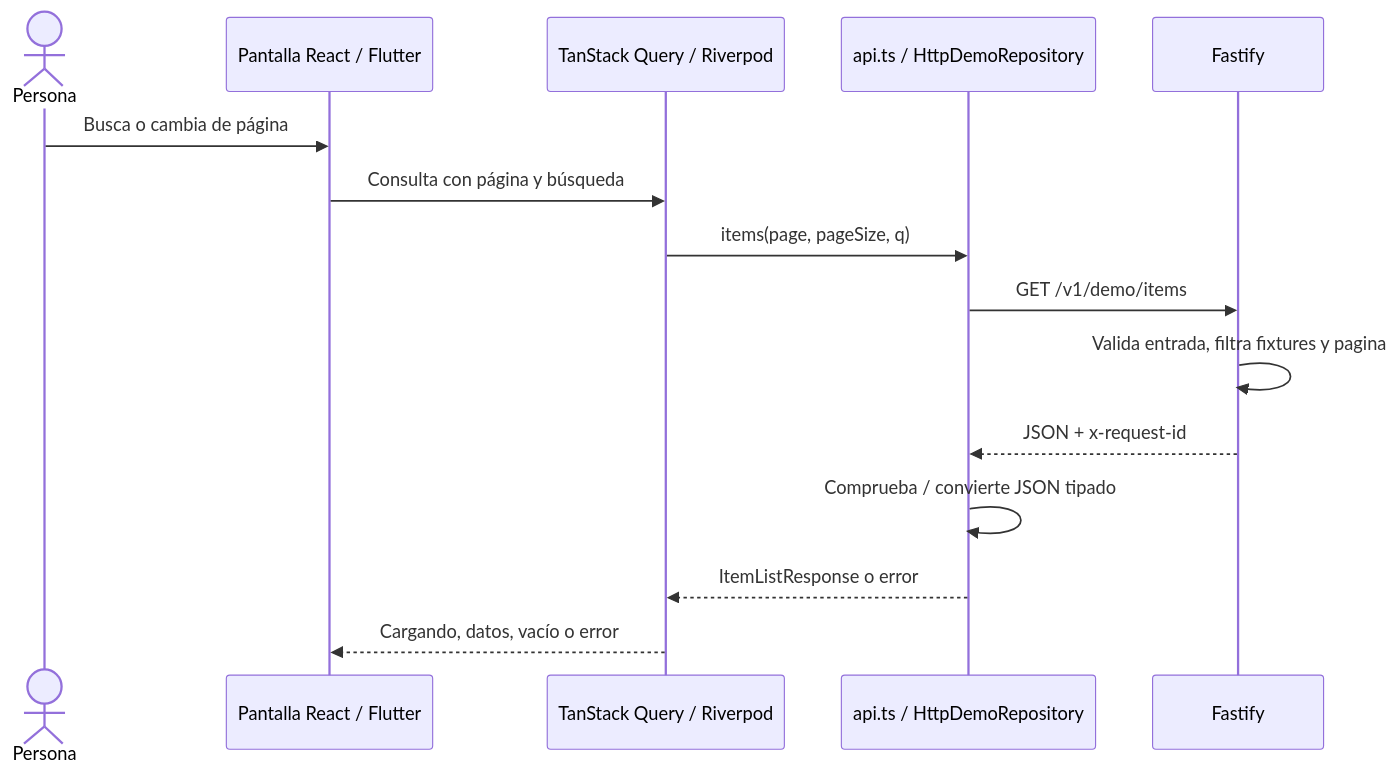
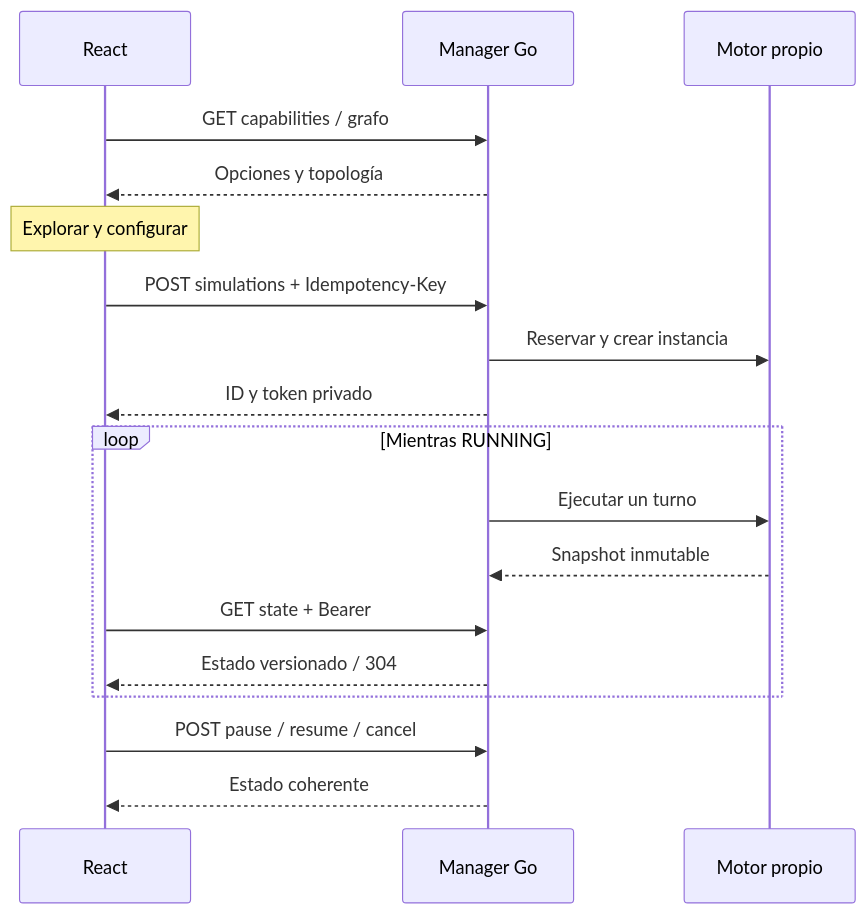
Before and after one commit to corozodev/simluacion-desastres-manta: the diagram in docs/architecture/data-flow.md, drawn with Mermaid. The commit also changed other lines of this file and 10 other files, not shown here.

Commit message:
docs: document phase 5 architecture resource budgets and validation

````diff
--- a/docs/architecture/data-flow.md
+++ b/docs/architecture/data-flow.md
@@ -5,17 +12,20 @@
 ```mermaid
 sequenceDiagram
-  actor U as Persona
-  participant V as Pantalla React / Flutter
-  participant S as TanStack Query / Riverpod
-  participant R as api.ts / HttpDemoRepository
-  participant A as Fastify
-  U->>V: Busca o cambia de página
-  V->>S: Consulta con página y búsqueda
-  S->>R: items(page, pageSize, q)
-  R->>A: GET /v1/demo/items
-  A->>A: Valida entrada, filtra fixtures y pagina
-  A-->>R: JSON + x-request-id
-  R->>R: Comprueba / convierte JSON tipado
-  R-->>S: ItemListResponse o error
-  S-->>V: Cargando, datos, vacío o error
+  participant R as React
+  participant M as Manager Go
+  participant E as Motor propio
+  R->>M: GET capabilities / grafo
+  M-->>R: Opciones y topología
+  Note over R: Explorar y configurar
+  R->>M: POST simulations + Idempotency-Key
+  M->>E: Reservar y crear instancia
+  M-->>R: ID y token privado
+  loop Mientras RUNNING
+    M->>E: Ejecutar un turno
+    E-->>M: Snapshot inmutable
+    R->>M: GET state + Bearer
+    M-->>R: Estado versionado / 304
+  end
+  R->>M: POST pause / resume / cancel
+  M-->>R: Estado coherente
 ```
````
